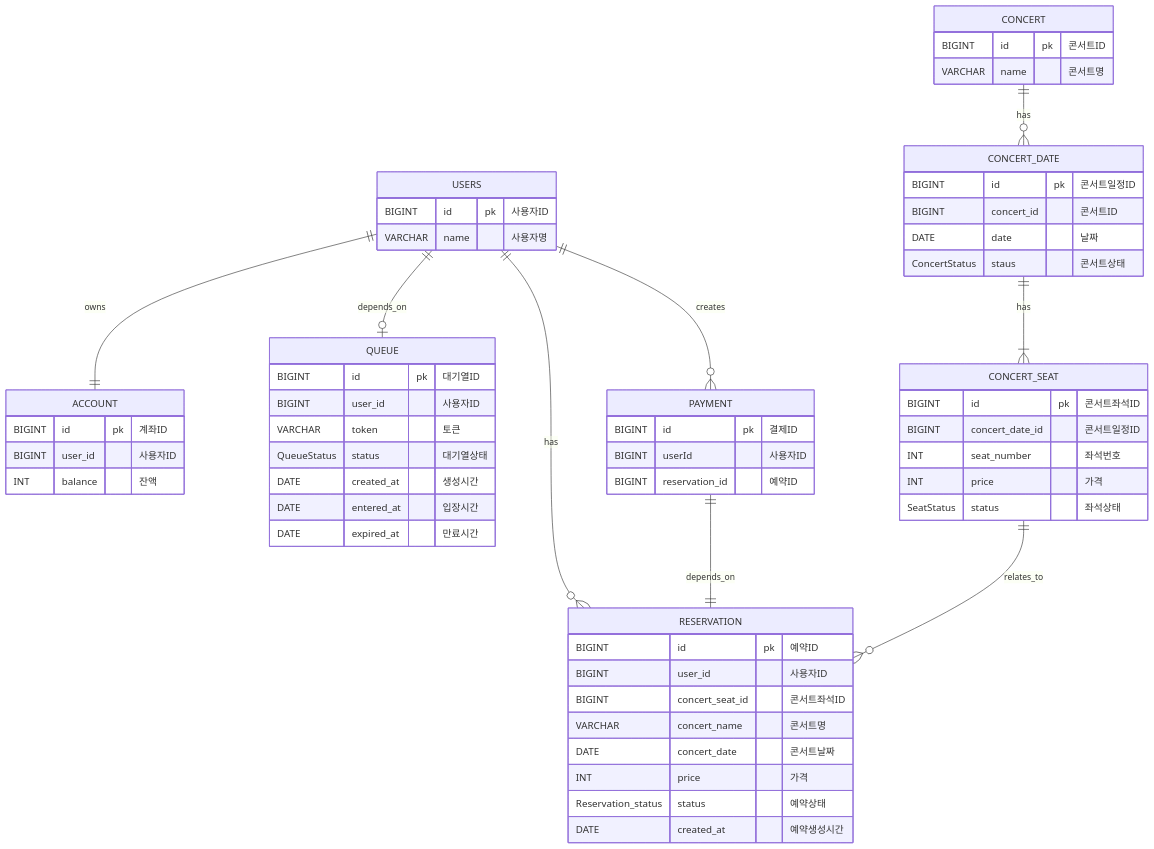
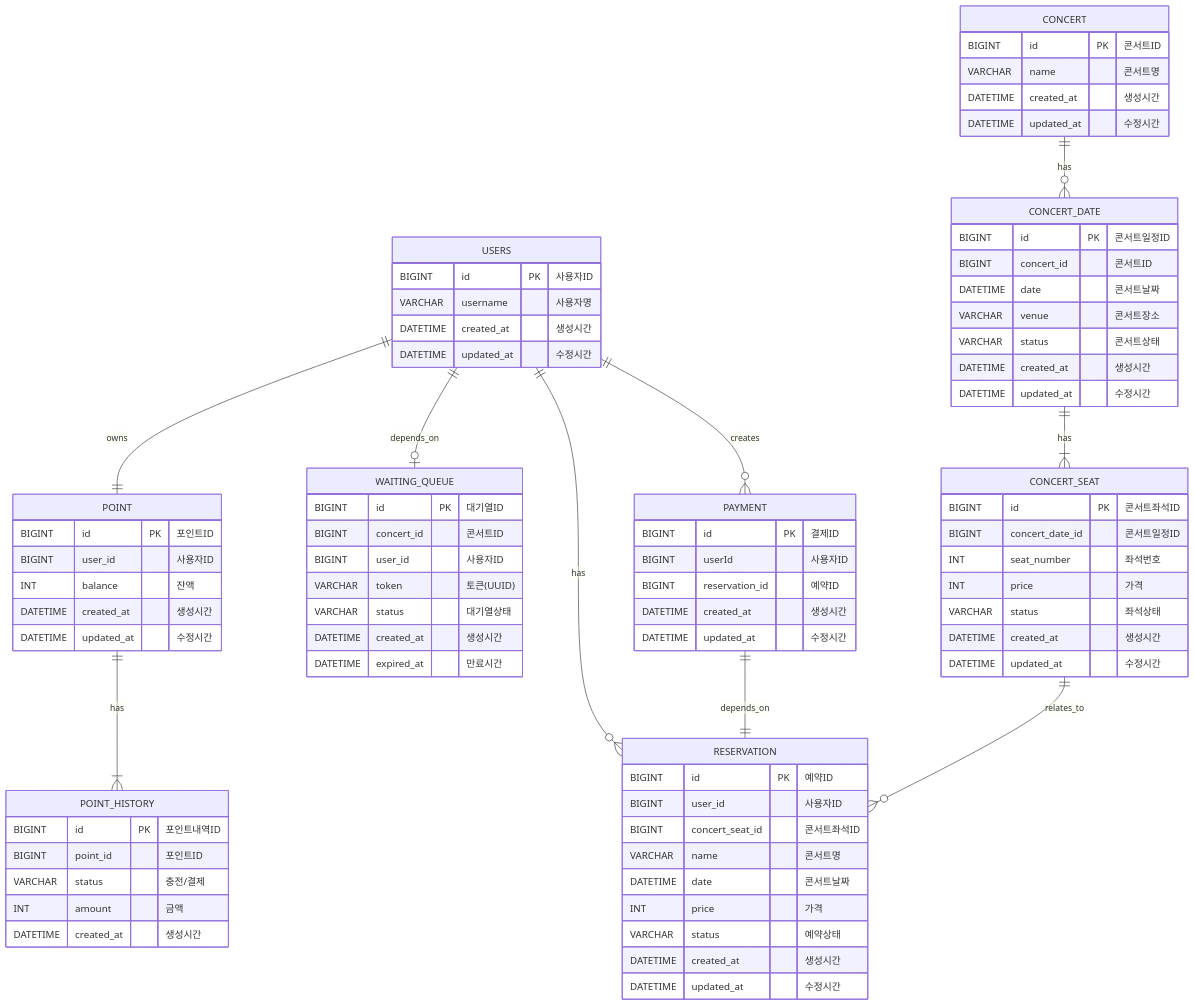
One commit to jjeongminchoi/hanghae-concert-reservation changed the diagram in docs/ERD.md. Above: the diagram before and after it, drawn with Mermaid. The commit also changed 23 other files, not shown here.

````diff
--- a/docs/ERD.md
+++ b/docs/ERD.md
@@ -1,69 +1,92 @@
 ```mermaid
 
 erDiagram
-    USERS ||--|| ACCOUNT : owns
-    USERS ||--o| QUEUE : depends_on
+    USERS ||--|| POINT : owns
+    USERS ||--o| WAITING_QUEUE : depends_on
     USERS ||--o{ RESERVATION : has
     USERS ||--o{ PAYMENT : creates
     USERS {
-        BIGINT id pk "사용자ID"
-        VARCHAR name "사용자명"
+        BIGINT id PK "사용자ID"
+        VARCHAR username "사용자명"
+        DATETIME created_at "생성시간"
+        DATETIME updated_at "수정시간"
     }
 
-    ACCOUNT {
-        BIGINT id pk "계좌ID"
+    POINT ||--|{ POINT_HISTORY : has
+    POINT {
+        BIGINT id PK "포인트ID"
         BIGINT user_id "사용자ID"
         INT balance "잔액"
+        DATETIME created_at "생성시간"
+        DATETIME updated_at "수정시간"
+    }
+
+    POINT_HISTORY {
+        BIGINT id PK "포인트내역ID"
+        BIGINT point_id "포인트ID"
+        VARCHAR status "충전/결제"
+        INT amount "금액"
+        DATETIME created_at "생성시간"
     }
     
-    QUEUE {
-        BIGINT id pk "대기열ID"
+    WAITING_QUEUE {
+        BIGINT id PK "대기열ID"
+        BIGINT concert_id "콘서트ID"
         BIGINT user_id "사용자ID"
-        VARCHAR token "토큰"
-        QueueStatus status "대기열상태"
-        DATE created_at "생성시간"
-        DATE entered_at "입장시간"
-        DATE expired_at "만료시간"
+        VARCHAR token "토큰(UUID)"
+        VARCHAR status "대기열상태"
+        DATETIME created_at "생성시간"
+        DATETIME expired_at "만료시간"
     }
 
     CONCERT ||--o{ CONCERT_DATE : has
     CONCERT {
-        BIGINT id pk "콘서트ID"
+        BIGINT id PK "콘서트ID"
         VARCHAR name "콘서트명"
+        DATETIME created_at "생성시간"
+        DATETIME updated_at "수정시간"
     }
 
     CONCERT_DATE ||--|{ CONCERT_SEAT : has
     CONCERT_DATE {
-        BIGINT id pk "콘서트일정ID"
+        BIGINT id PK "콘서트일정ID"
         BIGINT concert_id "콘서트ID"
-        DATE date "날짜"
-        ConcertStatus staus "콘서트상태"
+        DATETIME date "콘서트날짜"
+        VARCHAR venue "콘서트장소"
+        VARCHAR status "콘서트상태"
+        DATETIME created_at "생성시간"
+        DATETIME updated_at "수정시간"
     }
 
     CONCERT_SEAT ||--o{ RESERVATION : relates_to
     CONCERT_SEAT {
-        BIGINT id pk "콘서트좌석ID"
+        BIGINT id PK "콘서트좌석ID"
         BIGINT concert_date_id "콘서트일정ID"
         INT seat_number "좌석번호"
         INT price "가격"
-        SeatStatus status "좌석상태"
+        VARCHAR status "좌석상태"
+        DATETIME created_at "생성시간"
+        DATETIME updated_at "수정시간"
     }
 
     PAYMENT ||--|| RESERVATION : depends_on
     PAYMENT {
-        BIGINT id pk "결제ID"
+        BIGINT id PK "결제ID"
         BIGINT userId "사용자ID"
         BIGINT reservation_id "예약ID"
+        DATETIME created_at "생성시간"
+        DATETIME updated_at "수정시간"
     }
     
     RESERVATION {
-        BIGINT id pk "예약ID"
+        BIGINT id PK "예약ID"
         BIGINT user_id "사용자ID"
         BIGINT concert_seat_id "콘서트좌석ID"
-        VARCHAR concert_name "콘서트명"
-        DATE concert_date "콘서트날짜"
+        VARCHAR name "콘서트명"
+        DATETIME date "콘서트날짜"
         INT price "가격"
-        Reservation_status status "예약상태"
-        DATE created_at "예약생성시간"
+        VARCHAR status "예약상태"
+        DATETIME created_at "생성시간"
+        DATETIME updated_at "수정시간"
     }
 ```
````
